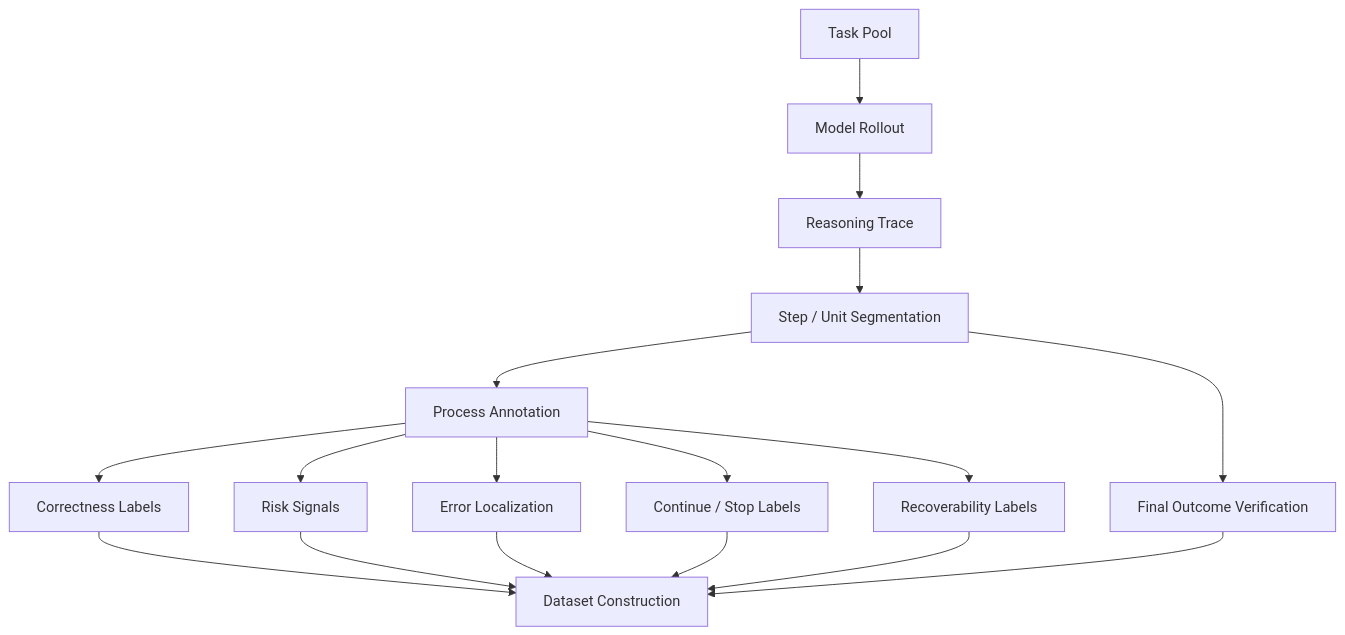
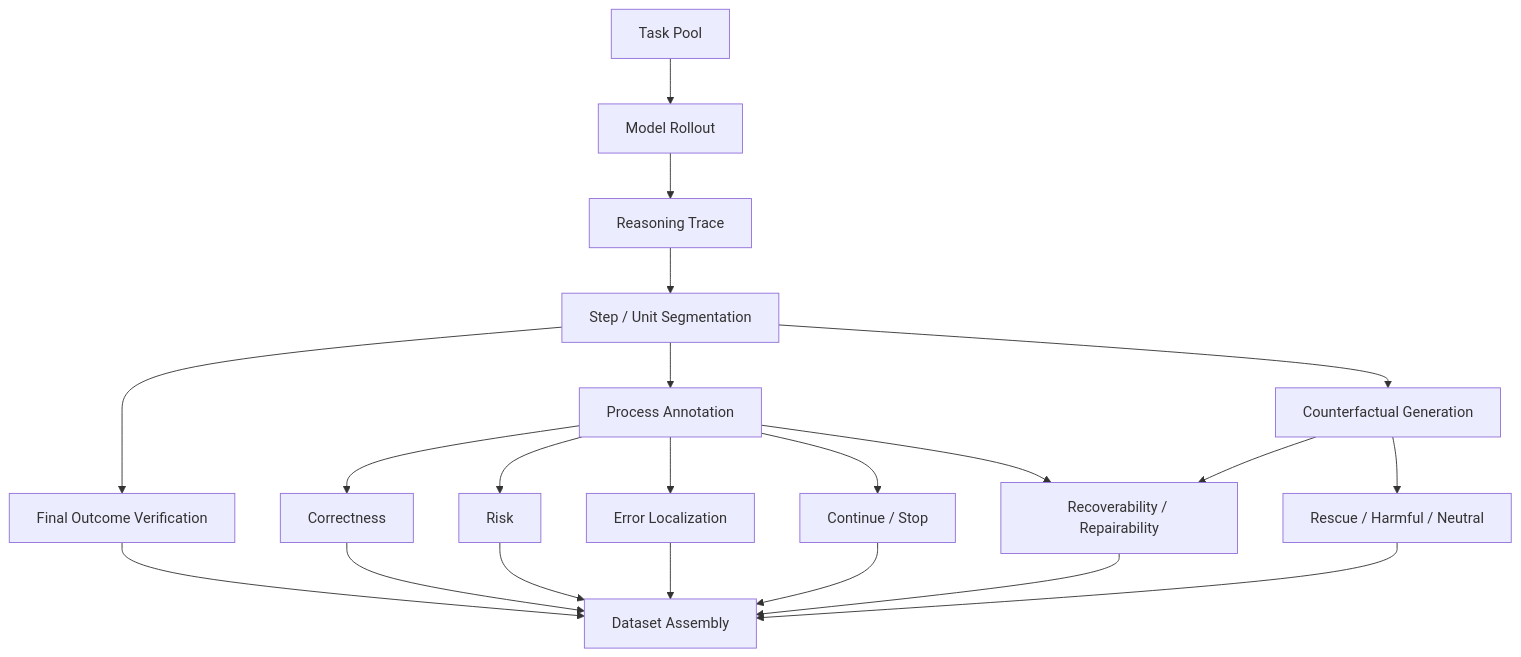
Before and after one commit to JiangHui0203/Homework: the sixth of 6 diagrams in LLM_Agent_Data/04_Reasoning_Data_and_Process_Supervision.md, drawn with Mermaid. The commit also changed other lines of this file, not shown here.

````diff
--- a/LLM_Agent_Data/04_Reasoning_Data_and_Process_Supervision.md
+++ b/LLM_Agent_Data/04_Reasoning_Data_and_Process_Supervision.md
@@ -1245,19 +1208,23 @@
 ```mermaid
 flowchart TD
     A[Task Pool] --> B[Model Rollout]
     B --> C[Reasoning Trace]
     C --> D[Step / Unit Segmentation]
     D --> E[Final Outcome Verification]
     D --> F[Process Annotation]
-    F --> G1[Correctness Labels]
-    F --> G2[Risk Signals]
+    F --> G1[Correctness]
+    F --> G2[Risk]
     F --> G3[Error Localization]
-    F --> G4[Continue / Stop Labels]
-    F --> G5[Recoverability Labels]
-    G1 --> H[Dataset Construction]
-    G2 --> H
-    G3 --> H
-    G4 --> H
-    G5 --> H
-    E --> H
+    F --> G4[Continue / Stop]
+    F --> G5[Recoverability / Repairability]
+    D --> H[Counterfactual Generation]
+    H --> G5
+    H --> G6[Rescue / Harmful / Neutral]
+    E --> I[Dataset Assembly]
+    G1 --> I
+    G2 --> I
+    G3 --> I
+    G4 --> I
+    G5 --> I
+    G6 --> I
 ```
````
